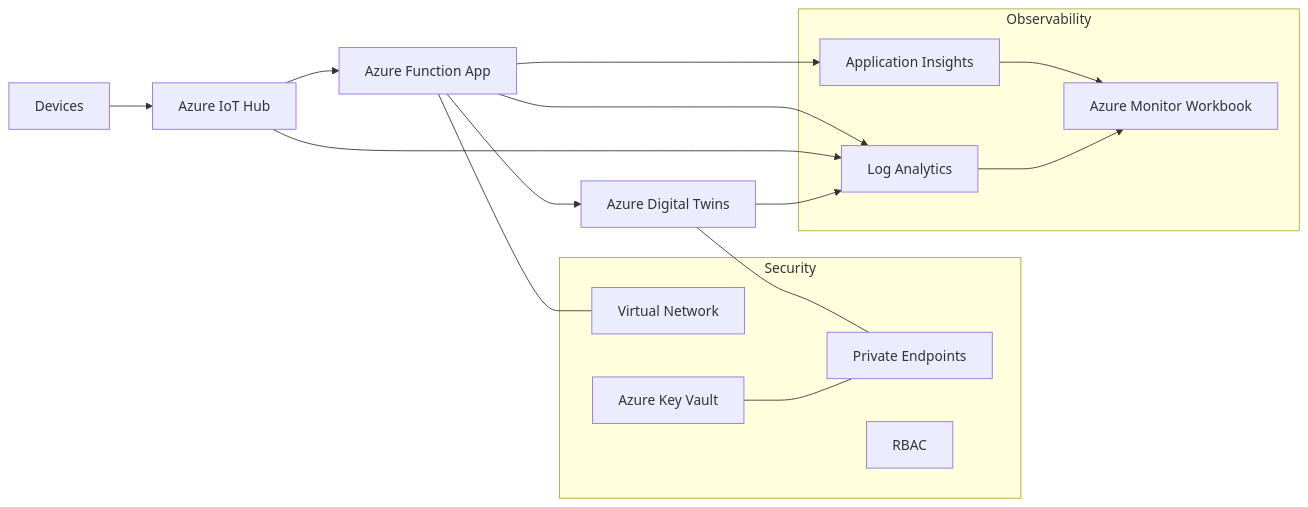
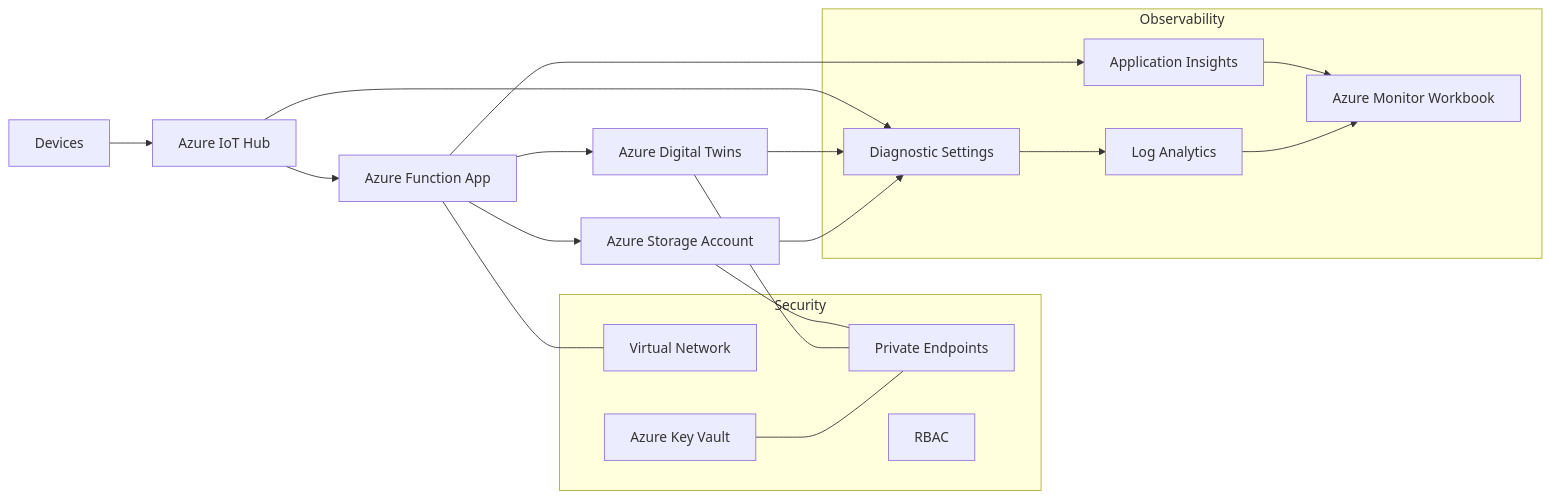
Before and after one commit to yaroslavzhukovski/iot_hub: the diagram in README.md, drawn with Mermaid.

Commit message:
changes in readme file

````diff
--- a/README.md
+++ b/README.md
@@ -62,29 +62,33 @@
 ```mermaid
 flowchart LR
     D[Devices] --> IH[Azure IoT Hub]
     IH --> FA[Azure Function App]
     FA --> DT[Azure Digital Twins]
+    FA --> ST[Azure Storage Account]
 
     subgraph Security
         VNET[Virtual Network]
         PE[Private Endpoints]
         KV[Azure Key Vault]
         RBAC[RBAC]
     end
 
     subgraph Observability
+        DS[Diagnostic Settings]
         AI[Application Insights]
         LA[Log Analytics]
         WB[Azure Monitor Workbook]
     end
 
     FA --- VNET
+    ST --- PE
     DT --- PE
     KV --- PE
     FA --> AI
-    FA --> LA
-    IH --> LA
-    DT --> LA
+    IH --> DS
+    DT --> DS
+    ST --> DS
+    DS --> LA
     AI --> WB
     LA --> WB
 ```
````
